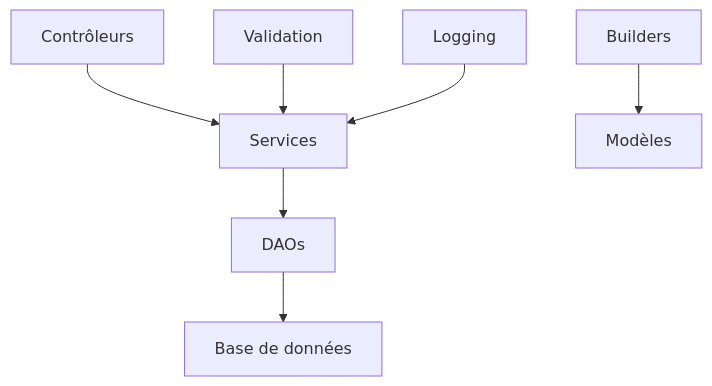
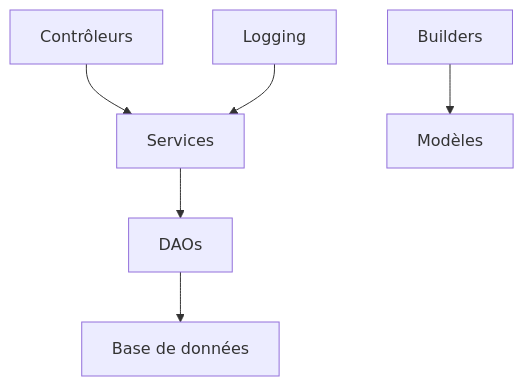
Before and after one commit to yglsan2/CliprocoFrontJava: the first of 2 diagrams in README.md, drawn with Mermaid. The commit also changed other lines of this file and 46 other files, not shown here.

````diff
--- a/README.md
+++ b/README.md
@@ -7,9 +7,8 @@
 ```mermaid
 graph TD
     A[Contrôleurs] --> B[Services]
     B --> C[DAOs]
     C --> D[Base de données]
     E[Builders] --> F[Modèles]
-    G[Validation] --> B
     H[Logging] --> B
 ```
````
